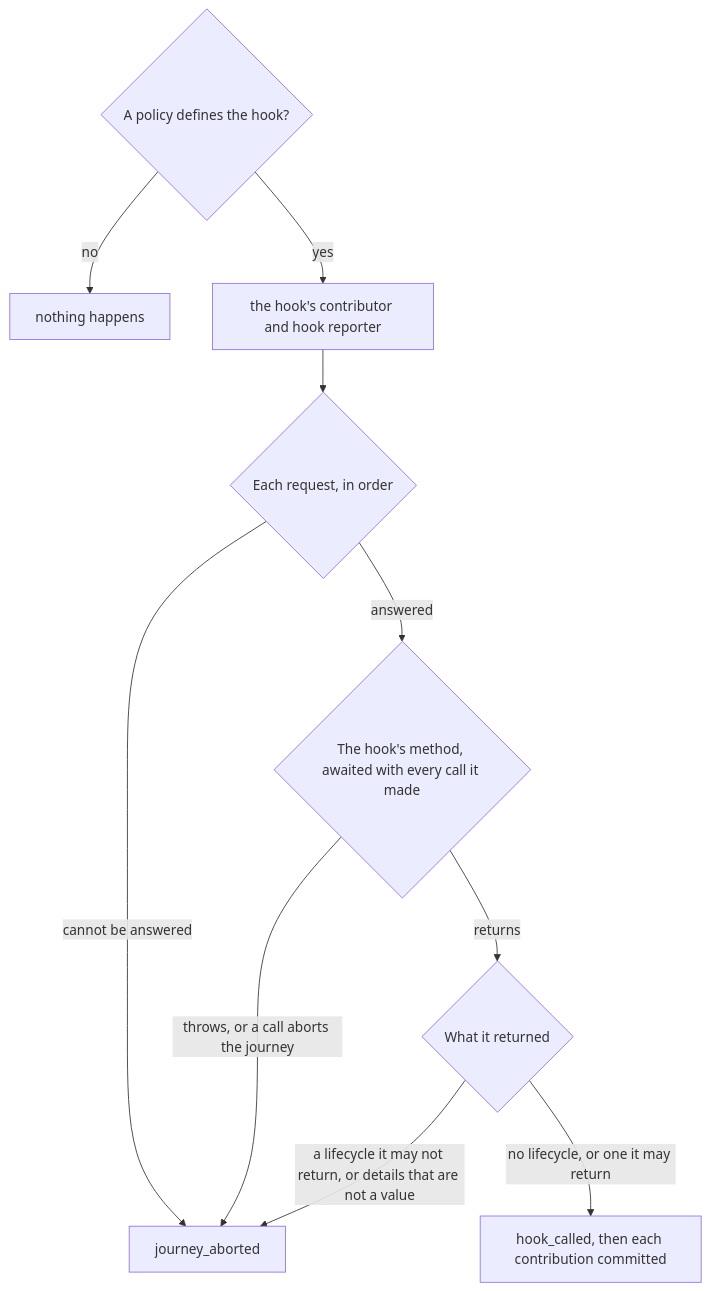
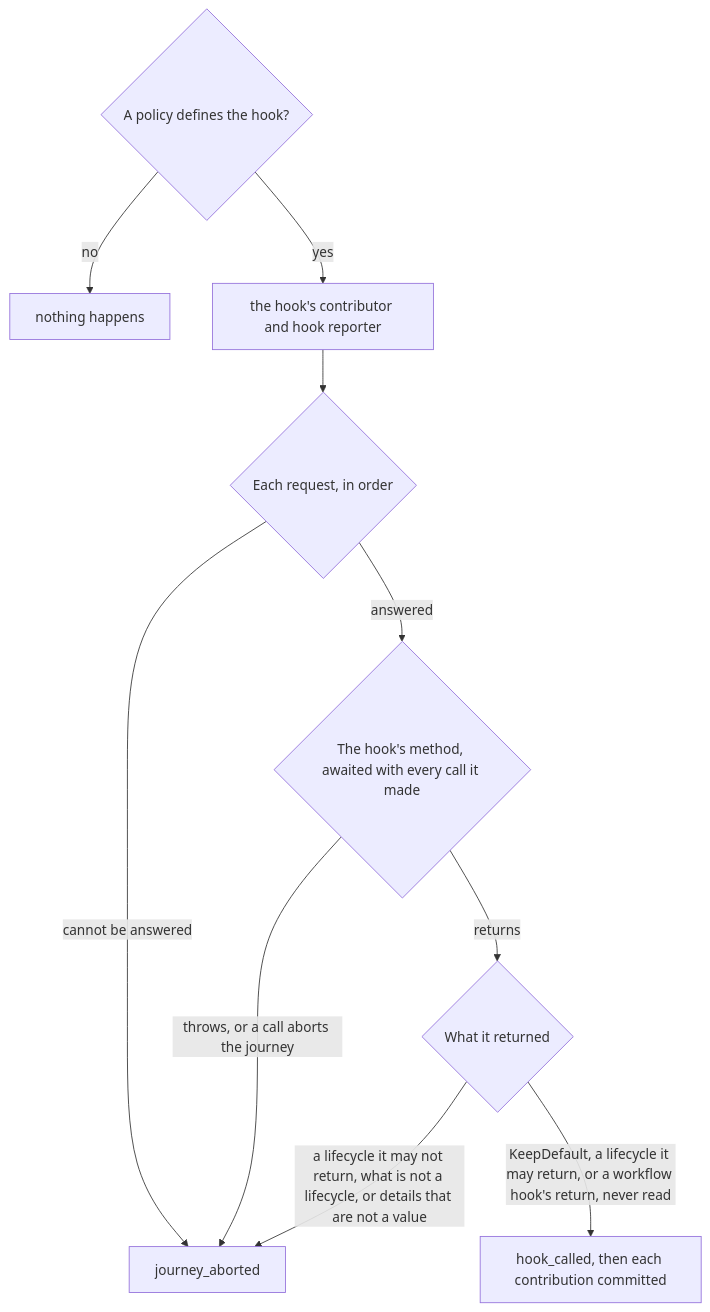
One commit to itinera-dev/itinera-ts changed the tenth of 12 diagrams in docs/architecture.md. Above: the diagram before and after it, drawn with Mermaid. The commit also changed other lines of this file and 57 other files, not shown here.

````diff
--- a/docs/architecture.md
+++ b/docs/architecture.md
@@ -330,14 +332,14 @@
 ```mermaid
 flowchart TD
     accTitle: How the engine calls a hook
-    accDescr: The engine finds the one policy of the step, or of the workflow, that defines the hook; when none does, nothing happens. It lends the hook its own contributor and hook reporter, and answers the hook's requests in order, each from the attempt, the data bag, the journey or the workflow object. A request that cannot be answered aborts the journey. It calls the hook's method and awaits it and every call it made on its handles, then closes them. A hook that throws aborts the journey with hook failed. What the hook returned is checked: a lifecycle it may not return aborts the journey with invalid lifecycle, and details that are not a value with not a value. Then the engine emits hook_called with the lifecycle, and commits what the hook contributed.
+    accDescr: The engine finds the one policy of the step, or of the workflow, that defines the hook; when none does, nothing happens. It lends the hook its own contributor and hook reporter, and answers the hook's requests in order, each from the attempt, the data bag, the journey or the workflow object. A request that cannot be answered aborts the journey. It calls the hook's method and awaits it and every call it made on its handles, then closes them. A hook that throws aborts the journey with hook failed. What a step hook returned is checked: a lifecycle it may not return aborts the journey with invalid lifecycle, what is not a lifecycle with unexpected result, and details that are not a value with not a value. What a workflow hook returns is never read. Then the engine emits hook_called with the lifecycle, and commits what the hook contributed.
     find{"A policy defines the hook?"} -->|"no"| none["nothing happens"]
     find -->|"yes"| lend["the hook's contributor and hook reporter"]
     lend --> answers{"Each request, in order"}
     answers -->|"cannot be answered"| aborted["journey_aborted"]
     answers -->|"answered"| method{"The hook's method, awaited with every call it made"}
     method -->|"throws, or a call aborts the journey"| aborted
     method -->|"returns"| check{"What it returned"}
-    check -->|"a lifecycle it may not return, or details that are not a value"| aborted
-    check -->|"no lifecycle, or one it may return"| called["hook_called, then each contribution committed"]
+    check -->|"a lifecycle it may not return, what is not a lifecycle, or details that are not a value"| aborted
+    check -->|"KeepDefault, a lifecycle it may return, or a workflow hook's return, never read"| called["hook_called, then each contribution committed"]
 ```
````
